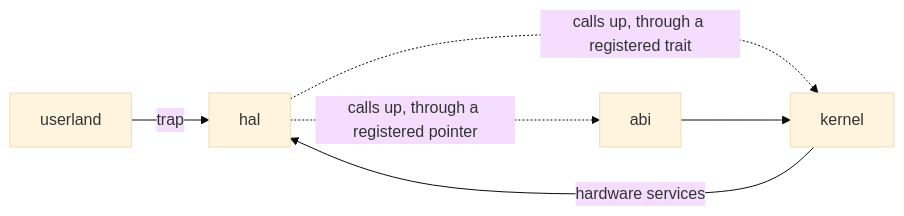
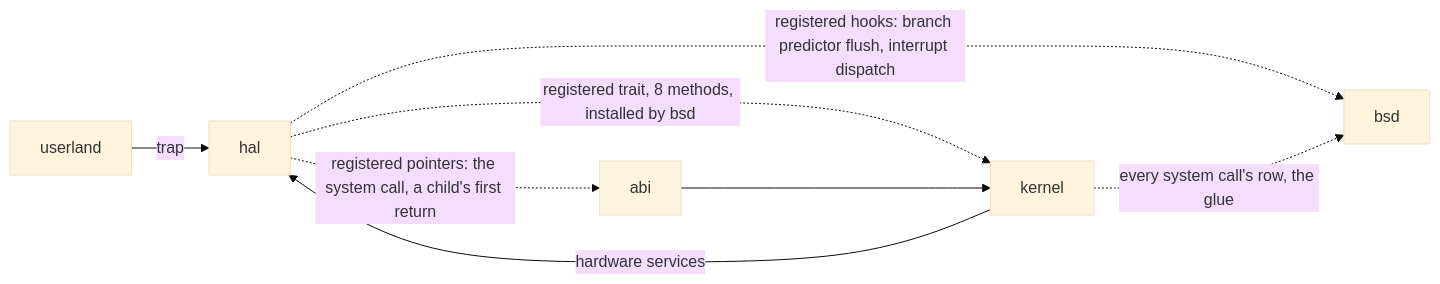
The first of 5 diagrams in docs/ENTRY.md (EmiBSD/Kernel), drawn with Mermaid (base theme) before and after one commit. The commit also changed other lines of this file and 1 other file, not shown here.

````diff
--- a/docs/ENTRY.md
+++ b/docs/ENTRY.md
@@ -13,8 +13,10 @@
 ```mermaid
 flowchart LR
     U["userland"] -->|"trap"| HAL["hal"]
-    HAL -.->|"calls up, through a registered pointer"| ABI["abi"]
-    HAL -.->|"calls up, through a registered trait"| K["kernel"]
+    HAL -.->|"registered pointers: the system call, a child's first return"| ABI["abi"]
+    HAL -.->|"registered trait, 8 methods, installed by bsd"| K["kernel"]
+    HAL -.->|"registered hooks: branch predictor flush, interrupt dispatch"| B["bsd"]
     ABI --> K
+    K -.->|"every system call's row, the glue"| B
     K -->|"hardware services"| HAL
 ```
````
